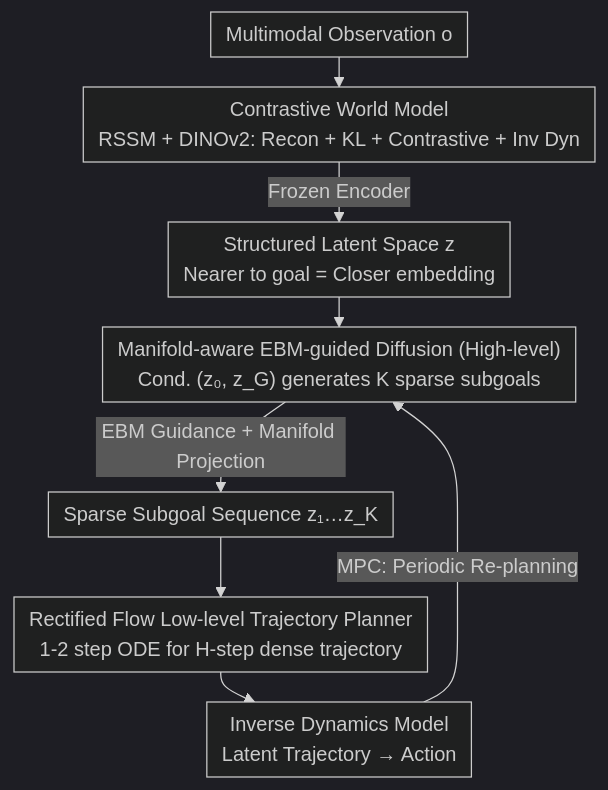
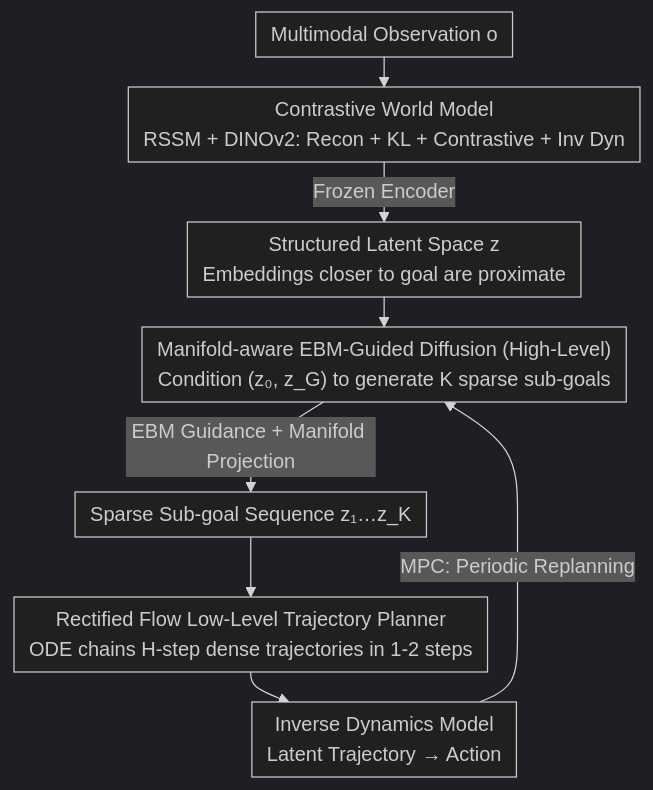
The diagram in docs/ICML2026/robotics/hdflow_hierarchical_diffusion-flow_planning_for_long-horizon_tasks.md (zhaoyang97/Paper-Notes-en), drawn with Mermaid (dark theme) before and after one commit. The commit also changed other lines of this file and 5084 other files, not shown here.

````diff
--- a/docs/ICML2026/robotics/hdflow_hierarchical_diffusion-flow_planning_for_long-horizon_tasks.md
+++ b/docs/ICML2026/robotics/hdflow_hierarchical_diffusion-flow_planning_for_long-horizon_tasks.md
@@ -43,11 +43,11 @@
 ```mermaid
 %%{init: {'flowchart': {'rankSpacing': 24, 'nodeSpacing': 28, 'padding': 6, 'wrappingWidth': 400}}}%%
 flowchart TD
     O["Multimodal Observation o"] --> WM["Contrastive World Model<br/>RSSM + DINOv2: Recon + KL + Contrastive + Inv Dyn"]
-    WM -->|Frozen Encoder| Z["Structured Latent Space z<br/>Nearer to goal = Closer embedding"]
-    Z --> HL["Manifold-aware EBM-guided Diffusion (High-level)<br/>Cond. (z₀, z_G) generates K sparse subgoals"]
-    HL -->|EBM Guidance + Manifold Projection| SUB["Sparse Subgoal Sequence z₁…z_K"]
-    SUB --> LL["Rectified Flow Low-level Trajectory Planner<br/>1-2 step ODE for H-step dense trajectory"]
+    WM -->|Frozen Encoder| Z["Structured Latent Space z<br/>Embeddings closer to goal are proximate"]
+    Z --> HL["Manifold-aware EBM-Guided Diffusion (High-Level)<br/>Condition (z₀, z_G) to generate K sparse sub-goals"]
+    HL -->|EBM Guidance + Manifold Projection| SUB["Sparse Sub-goal Sequence z₁…z_K"]
+    SUB --> LL["Rectified Flow Low-Level Trajectory Planner<br/>ODE chains H-step dense trajectories in 1-2 steps"]
     LL --> IDM["Inverse Dynamics Model<br/>Latent Trajectory → Action"]
-    IDM -->|MPC: Periodic Re-planning| HL
+    IDM -->|MPC: Periodic Replanning| HL
 ```
````
